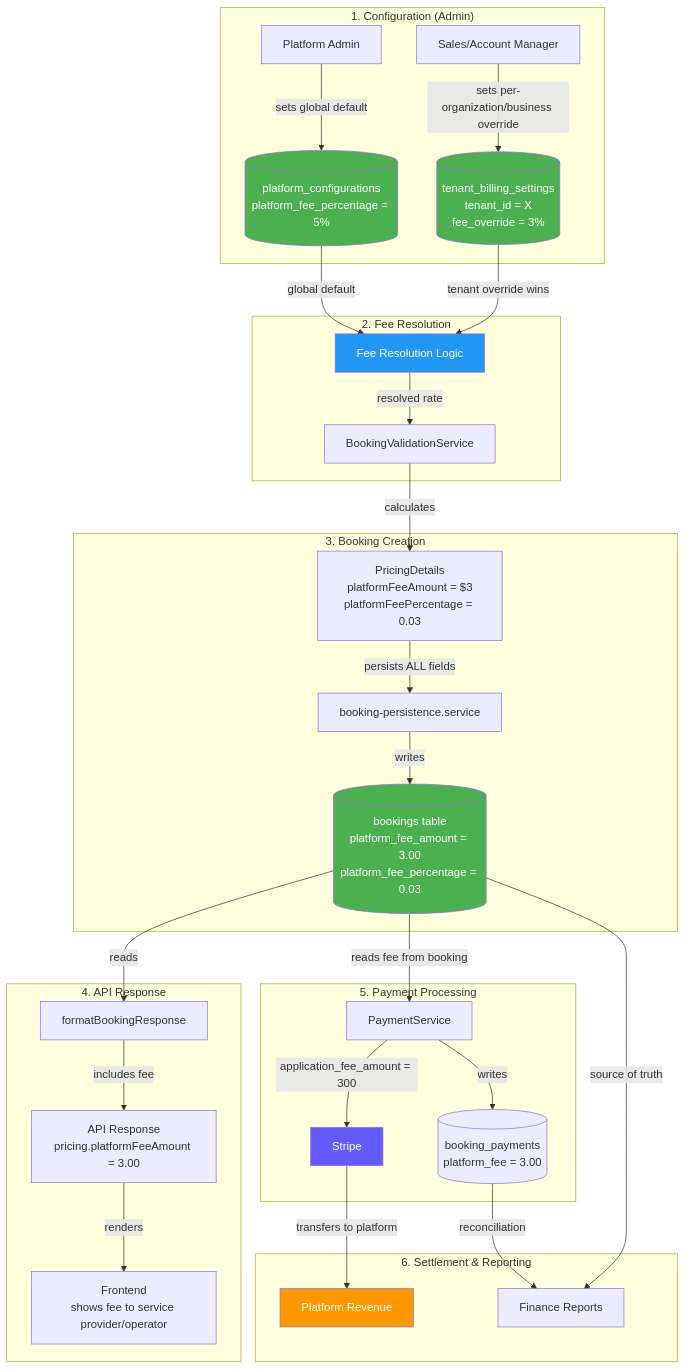
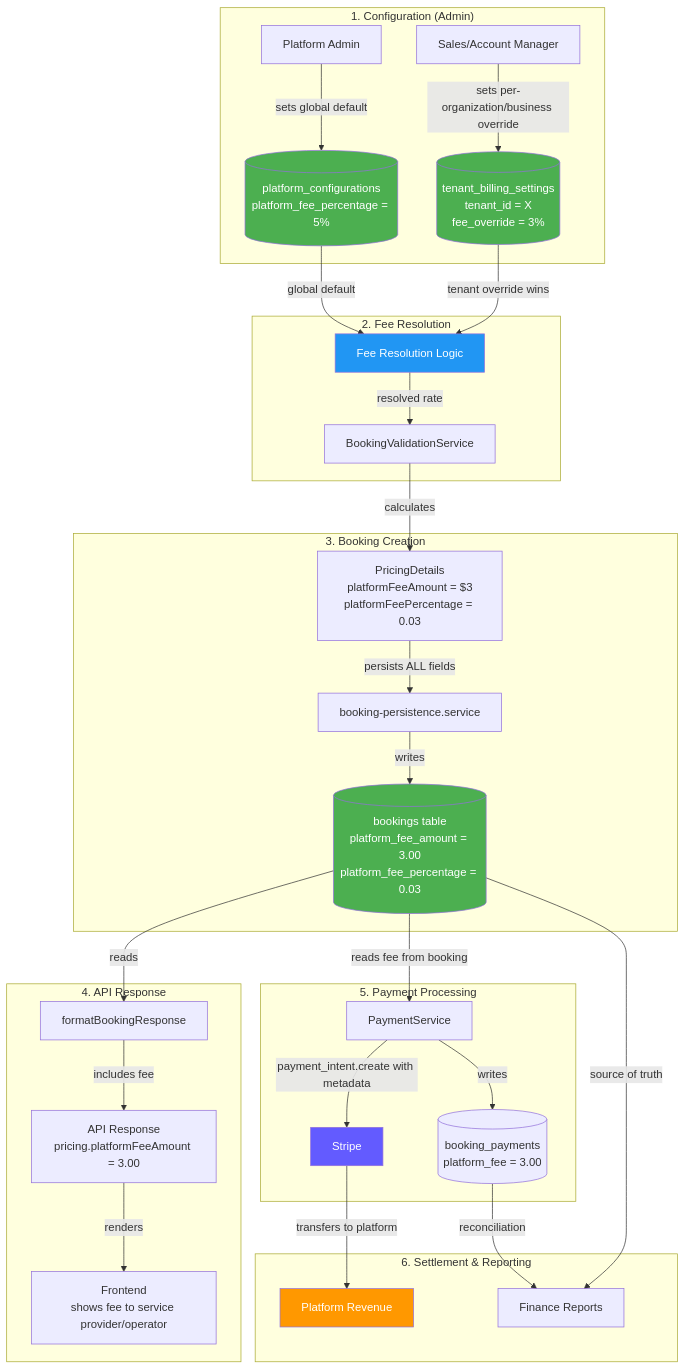
The second of 2 diagrams in docs/07-real-world-patterns/PAYMENTS/02-PLATFORM_FEE_ARCHITECTURE.md (0xTanzim/multi-tenant-saas-architecture), drawn with Mermaid before and after one commit. The commit also changed other lines of this file and 21 other files, not shown here.

First line of the commit message:
Refactor payment architecture and enhance concurrency handling

````diff
--- a/docs/07-real-world-patterns/PAYMENTS/02-PLATFORM_FEE_ARCHITECTURE.md
+++ b/docs/07-real-world-patterns/PAYMENTS/02-PLATFORM_FEE_ARCHITECTURE.md
@@ -497,44 +497,44 @@
 ```mermaid
 graph TB
     subgraph "1. Configuration (Admin)"
         SuperAdmin[Platform Admin] -->|sets global default| PlatformConfig[(platform_configurations<br/>platform_fee_percentage = 5%)]
         SalesTeam[Sales/Account Manager] -->|sets per-organization/business override| TenantConfig[(tenant_billing_settings<br/>tenant_id = X<br/>fee_override = 3%)]
     end
 
     subgraph "2. Fee Resolution"
         PlatformConfig -->|global default| FeeResolver[Fee Resolution Logic]
         TenantConfig -->|tenant override wins| FeeResolver
         FeeResolver -->|resolved rate| BVS[BookingValidationService]
     end
 
     subgraph "3. Booking Creation"
         BVS -->|calculates| Pricing[PricingDetails<br/>platformFeeAmount = $3<br/>platformFeePercentage = 0.03]
         Pricing -->|persists ALL fields| BPS[booking-persistence.service]
         BPS -->|writes| BookingDB[(bookings table<br/>platform_fee_amount = 3.00<br/>platform_fee_percentage = 0.03)]
     end
 
     subgraph "4. API Response"
         BookingDB -->|reads| FBR[formatBookingResponse]
         FBR -->|includes fee| APIResp[API Response<br/>pricing.platformFeeAmount = 3.00]
         APIResp -->|renders| Frontend[Frontend<br/>shows fee to service provider/operator]
     end
 
     subgraph "5. Payment Processing"
         BookingDB -->|reads fee from booking| PaySvc[PaymentService]
-        PaySvc -->|application_fee_amount = 300| Stripe[Stripe]
+        PaySvc -->|payment_intent.create with metadata| Stripe[Stripe]
         PaySvc -->|writes| BPT[(booking_payments<br/>platform_fee = 3.00)]
     end
 
     subgraph "6. Settlement & Reporting"
         Stripe -->|transfers to platform| Revenue[Platform Revenue]
         BPT -->|reconciliation| Finance[Finance Reports]
         BookingDB -->|source of truth| Finance
     end
 
     style PlatformConfig fill:#4CAF50,color:white
     style TenantConfig fill:#4CAF50,color:white
     style FeeResolver fill:#2196F3,color:white
     style BookingDB fill:#4CAF50,color:white
     style Stripe fill:#635BFF,color:white
     style Revenue fill:#FF9800,color:white
 ```
````
